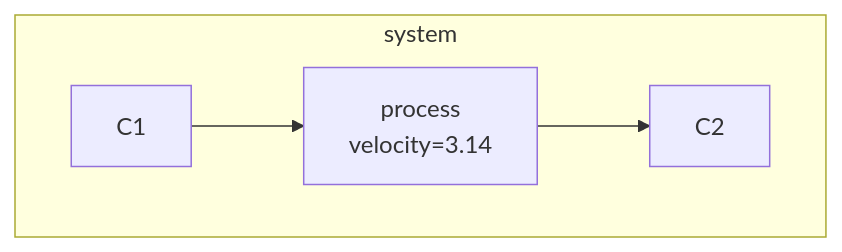
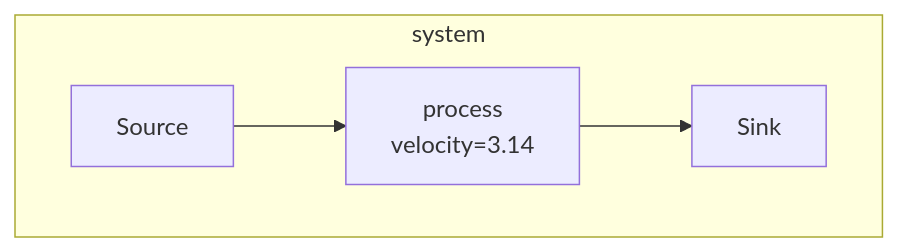
The diagram in README.md (krisvanrens/nexus-lang), drawn with Mermaid before and after one commit. The commit also changed other lines of this file, not shown here.

````diff
--- a/README.md
+++ b/README.md
@@ -22,8 +24,8 @@
 ```mermaid
 graph TD
     subgraph system
-    C1 --> process
+    Source --> process
     process["process
-    velocity=3.14"] --> C2
+    velocity=3.14"] --> Sink
     end
 ```
````
